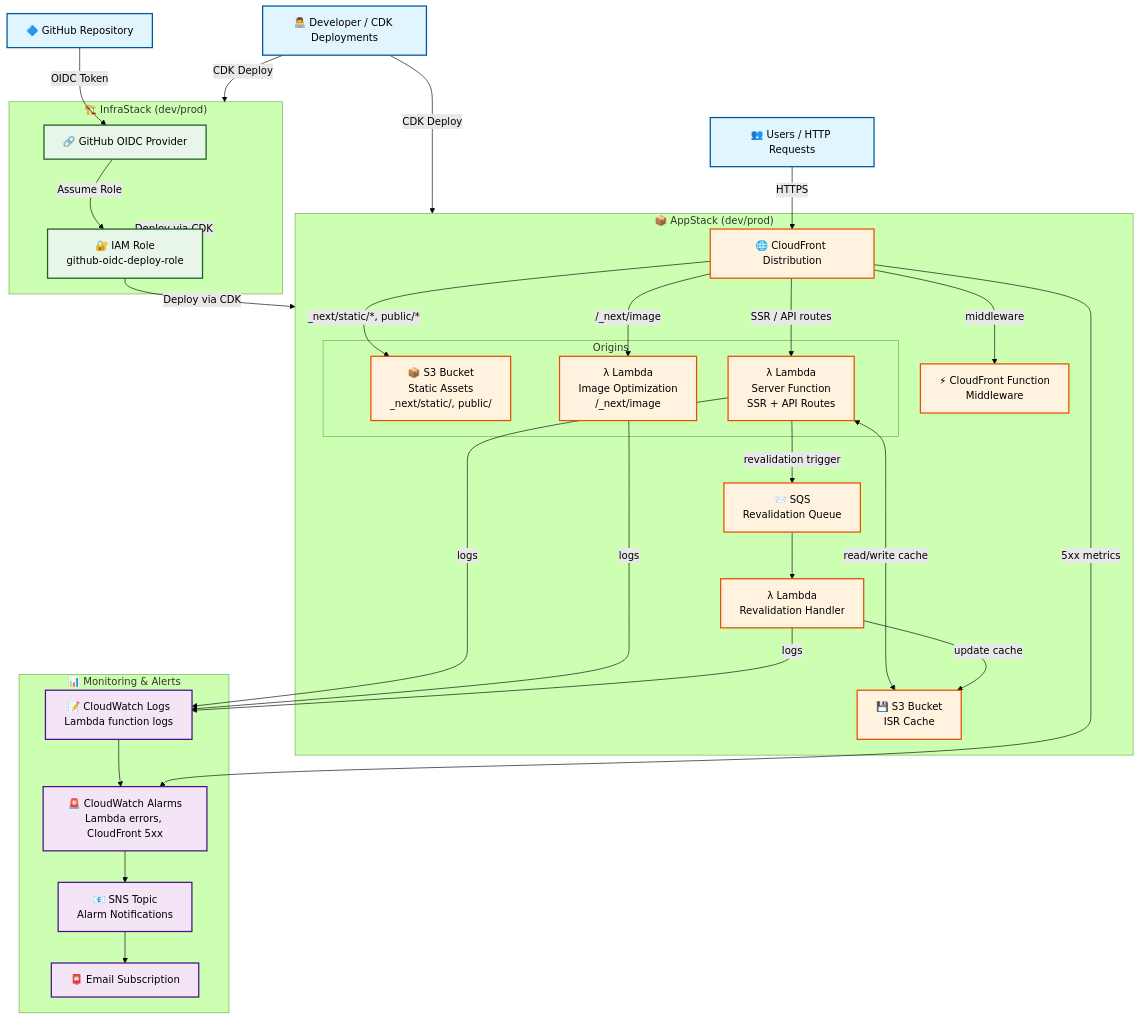
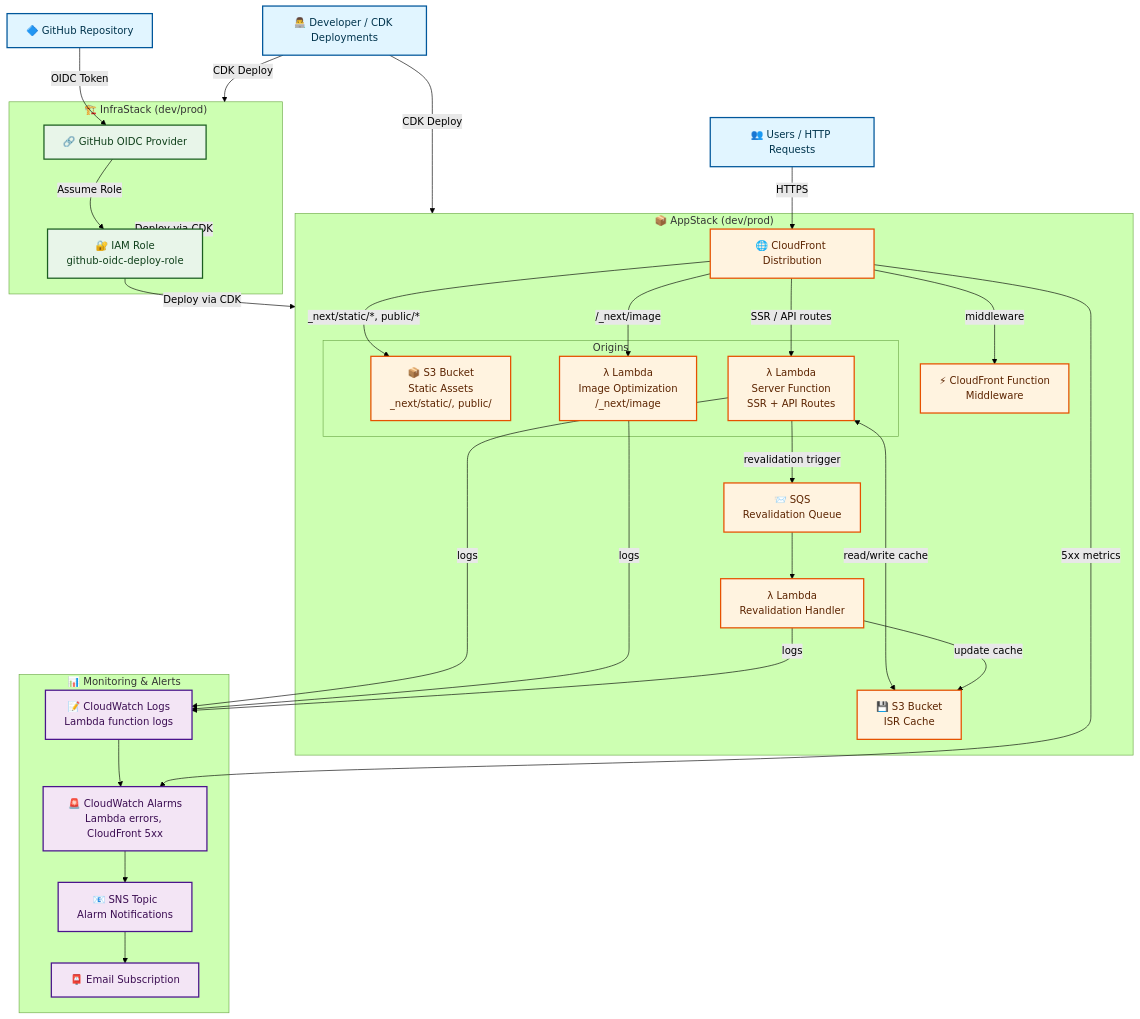
One commit to yuichiroyamaji/bms changed the diagram in infra/docs/aws-infrastructure-diagram.md. Above: the diagram before and after it, drawn with Mermaid (forest theme). The commit also changed 12 other files, not shown here.

First line of the commit message:
docs: tighten project docs and fix mermaid label contrast

````diff
--- a/infra/docs/aws-infrastructure-diagram.md
+++ b/infra/docs/aws-infrastructure-diagram.md
@@ -7,78 +7,78 @@
 ```mermaid
 graph TB
     %% External
     Users[👥 Users / HTTP Requests]
     GitHub[🔷 GitHub Repository]
     Developer[👨‍💻 Developer / CDK Deployments]
 
     %% AppStack
     subgraph AppStack["📦 AppStack (dev/prod)"]
         CloudFront[🌐 CloudFront Distribution]
 
         subgraph Origins["Origins"]
             S3Assets[📦 S3 Bucket<br/>Static Assets<br/>_next/static/, public/]
             LambdaServer[λ Lambda<br/>Server Function<br/>SSR + API Routes]
             LambdaImage[λ Lambda<br/>Image Optimization<br/>/_next/image]
         end
 
         CFFunction[⚡ CloudFront Function<br/>Middleware]
         S3Cache[💾 S3 Bucket<br/>ISR Cache]
         SQS[📨 SQS<br/>Revalidation Queue]
         LambdaRevalidate[λ Lambda<br/>Revalidation Handler]
     end
 
     %% Monitoring
     subgraph Monitoring["📊 Monitoring & Alerts"]
         CloudWatchLogs[📝 CloudWatch Logs<br/>Lambda function logs]
         CloudWatchAlarms[🚨 CloudWatch Alarms<br/>Lambda errors, CloudFront 5xx]
         SNSTopic[📧 SNS Topic<br/>Alarm Notifications]
         EmailSub[📮 Email Subscription]
     end
 
     %% InfraStack
     subgraph InfraStack["🏗️ InfraStack (dev/prod)"]
         OIDCProvider[🔗 GitHub OIDC Provider]
         GitHubActionsRole[🔐 IAM Role<br/>github-oidc-deploy-role]
     end
 
     %% Request flow
     Users -->|HTTPS| CloudFront
     CloudFront -->|_next/static/*, public/*| S3Assets
     CloudFront -->|SSR / API routes| LambdaServer
     CloudFront -->|/_next/image| LambdaImage
     CloudFront -->|middleware| CFFunction
 
     %% ISR cache flow
     LambdaServer <-->|read/write cache| S3Cache
     LambdaServer -->|revalidation trigger| SQS
     SQS --> LambdaRevalidate
     LambdaRevalidate -->|update cache| S3Cache
 
     %% Monitoring flow
     LambdaServer -->|logs| CloudWatchLogs
     LambdaImage -->|logs| CloudWatchLogs
     LambdaRevalidate -->|logs| CloudWatchLogs
     CloudWatchLogs --> CloudWatchAlarms
     CloudFront -->|5xx metrics| CloudWatchAlarms
     CloudWatchAlarms --> SNSTopic
     SNSTopic --> EmailSub
 
     %% CI/CD flow
     Developer -->|CDK Deploy| AppStack
     Developer -->|CDK Deploy| InfraStack
     GitHub -->|OIDC Token| OIDCProvider
     OIDCProvider -->|Assume Role| GitHubActionsRole
     GitHubActionsRole -->|Deploy via CDK| AppStack
     GitHubActionsRole -->|Deploy via CDK| InfraStack
 
     %% Styling
-    classDef external fill:#e1f5ff,stroke:#01579b,stroke-width:2px
-    classDef appstack fill:#fff3e0,stroke:#e65100,stroke-width:2px
-    classDef monitoring fill:#f3e5f5,stroke:#4a148c,stroke-width:2px
-    classDef infrastack fill:#e8f5e9,stroke:#1b5e20,stroke-width:2px
+    classDef external fill:#e1f5ff,stroke:#01579b,stroke-width:2px,color:#01344d
+    classDef appstack fill:#fff3e0,stroke:#e65100,stroke-width:2px,color:#5c2400
+    classDef monitoring fill:#f3e5f5,stroke:#4a148c,stroke-width:2px,color:#3b0d52
+    classDef infrastack fill:#e8f5e9,stroke:#1b5e20,stroke-width:2px,color:#10401b
 
     class Users,GitHub,Developer external
     class CloudFront,S3Assets,LambdaServer,LambdaImage,CFFunction,S3Cache,SQS,LambdaRevalidate appstack
     class CloudWatchLogs,CloudWatchAlarms,SNSTopic,EmailSub monitoring
     class OIDCProvider,GitHubActionsRole infrastack
 ```
````
